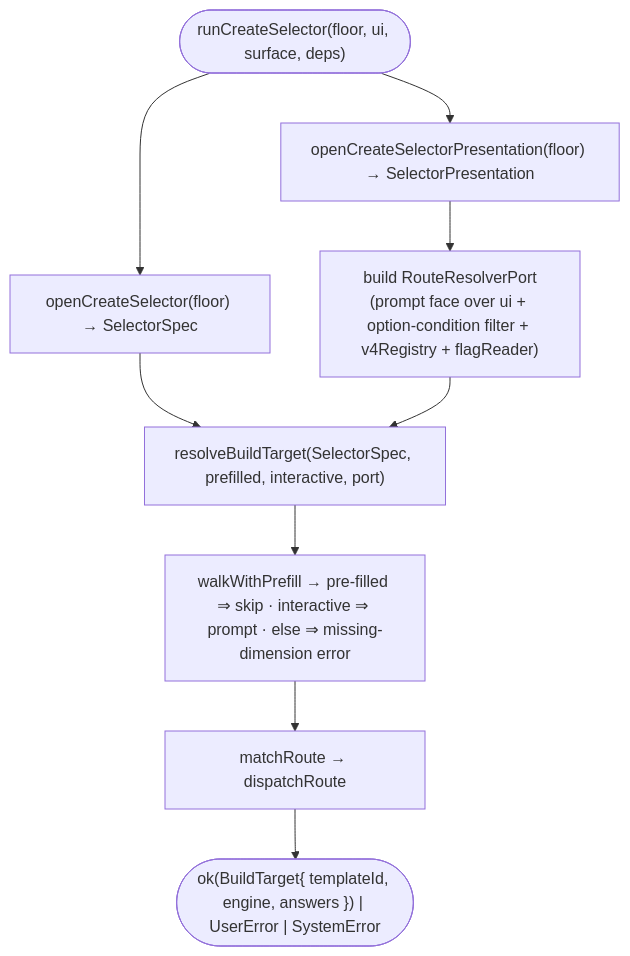
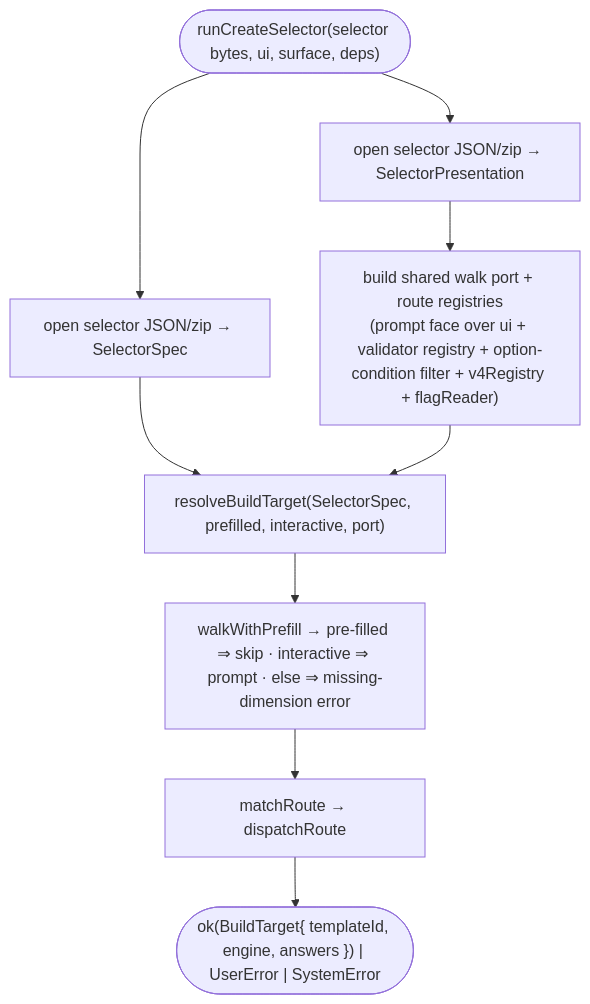
One commit to OfficeDev/Teams-Toolkit changed the diagram in docs/03-specs/operations/scaffolding/walk-create-selector.md. Above: the diagram before and after it, drawn with Mermaid. The commit also changed other lines of this file and 56 other files, not shown here.

Commit message:
refactor(fx-core): simplify v4 scaffolding flow

````diff
--- a/docs/03-specs/operations/scaffolding/walk-create-selector.md
+++ b/docs/03-specs/operations/scaffolding/walk-create-selector.md
@@ -135,11 +142,11 @@
 ```mermaid
 flowchart TD
-  start(["runCreateSelector(floor, ui, surface, deps)"]) --> spec["openCreateSelector(floor) → SelectorSpec"]
-  start --> pres["openCreateSelectorPresentation(floor) → SelectorPresentation"]
-  pres --> port["build RouteResolverPort\n(prompt face over ui + option-condition filter + v4Registry + flagReader)"]
+  start(["runCreateSelector(selector bytes, ui, surface, deps)"]) --> spec["open selector JSON/zip → SelectorSpec"]
+  start --> pres["open selector JSON/zip → SelectorPresentation"]
+  pres --> port["build shared walk port + route registries\n(prompt face over ui + validator registry + option-condition filter + v4Registry + flagReader)"]
   spec --> resolve["resolveBuildTarget(SelectorSpec, prefilled, interactive, port)"]
   port --> resolve
   resolve --> walk["walkWithPrefill → pre-filled ⇒ skip · interactive ⇒ prompt · else ⇒ missing-dimension error"]
   walk --> route["matchRoute → dispatchRoute"]
   route --> out(["ok(BuildTarget{ templateId, engine, answers }) | UserError | SystemError"])
 ```
````
